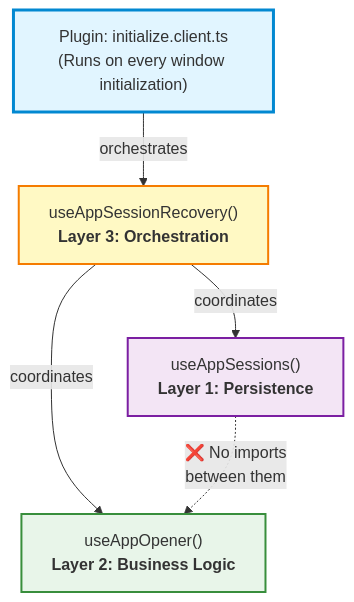
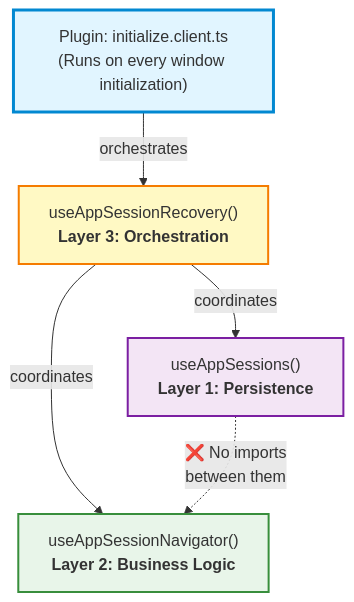
One commit to CTRL-Neo-Studios/vertex changed the second of 4 diagrams in Concepts and Structures.md. Above: the diagram before and after it, drawn with Mermaid. The commit also changed other lines of this file and 3 other files, not shown here.

Commit message:
chore: renamed composable from useAppOpener to useAppSessionNavigator for better functional naming

````diff
--- a/Concepts and Structures.md
+++ b/Concepts and Structures.md
@@ -275,21 +275,21 @@
 ```mermaid
 graph TB
     Plugin["Plugin: initialize.client.ts<br/>(Runs on every window initialization)"]
     
     Recovery["useAppSessionRecovery()<br/><b>Layer 3: Orchestration</b>"]
     Sessions["useAppSessions()<br/><b>Layer 1: Persistence</b>"]
-    Opener["useAppOpener()<br/><b>Layer 2: Business Logic</b>"]
+    Opener["useAppSessionNavigator()<br/><b>Layer 2: Business Logic</b>"]
     
     Plugin -->|orchestrates| Recovery
     Recovery -->|coordinates| Sessions
     Recovery -->|coordinates| Opener
     
     Sessions -.->|"❌ No imports<br/>between them"| Opener
     
     style Plugin fill:#e1f5ff,stroke:#0288d1,stroke-width:3px
     style Recovery fill:#fff9c4,stroke:#f57c00,stroke-width:2px
     style Sessions fill:#f3e5f5,stroke:#7b1fa2,stroke-width:2px
     style Opener fill:#e8f5e9,stroke:#388e3c,stroke-width:2px
     
     classDef note fill:#fff3e0,stroke:#ff6f00,stroke-dasharray: 5 5
 ```
````
